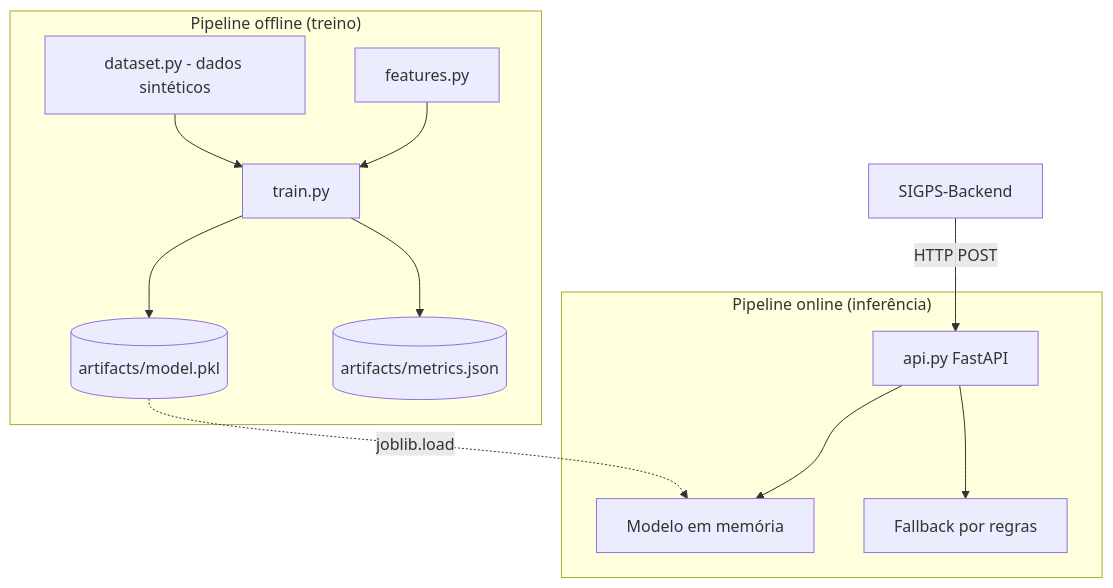
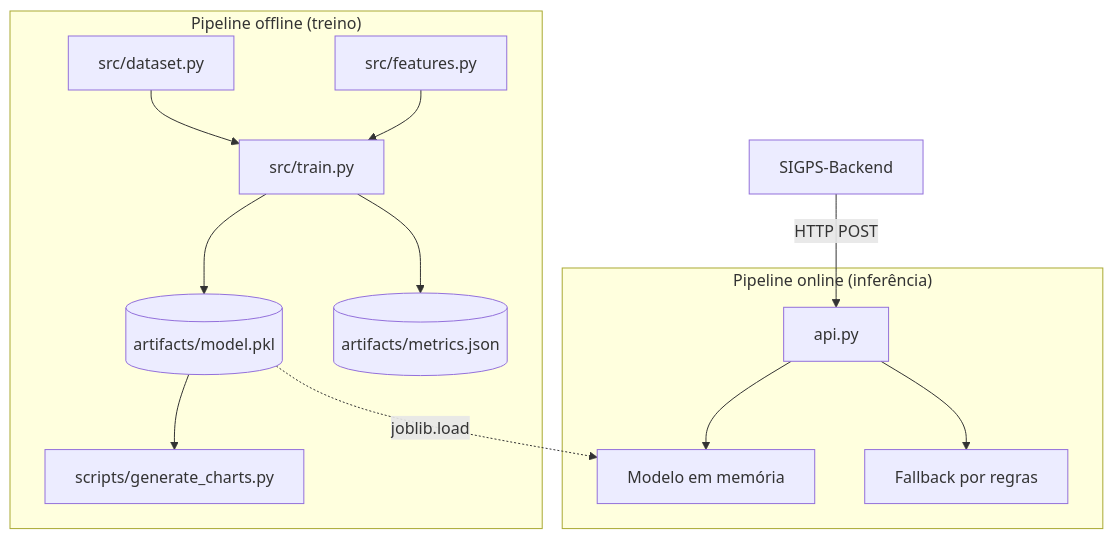
The first of 2 diagrams in README.md (TCC-SIGPS/SIGPS-Machine-Learning), drawn with Mermaid before and after one commit. The commit also changed other lines of this file and 26 other files, not shown here.

````diff
--- a/README.md
+++ b/README.md
@@ -78,25 +554,27 @@
 ```mermaid
 flowchart TB
     subgraph Offline["Pipeline offline (treino)"]
-        DS[dataset.py - dados sintéticos]
-        FEAT[features.py]
-        TR[train.py]
+        DS[src/dataset.py]
+        FEAT[src/features.py]
+        TR[src/train.py]
+        CH[scripts/generate_charts.py]
         PKL[(artifacts/model.pkl)]
         MET[(artifacts/metrics.json)]
         DS --> TR
         FEAT --> TR
         TR --> PKL
         TR --> MET
+        PKL --> CH
     end
 
     subgraph Online["Pipeline online (inferência)"]
-        API[api.py FastAPI]
+        API[api.py]
         MDL[Modelo em memória]
         FB[Fallback por regras]
         API --> MDL
         API --> FB
         PKL -.->|joblib.load| MDL
     end
 
     BE[SIGPS-Backend] -->|HTTP POST| API
 ```
````
